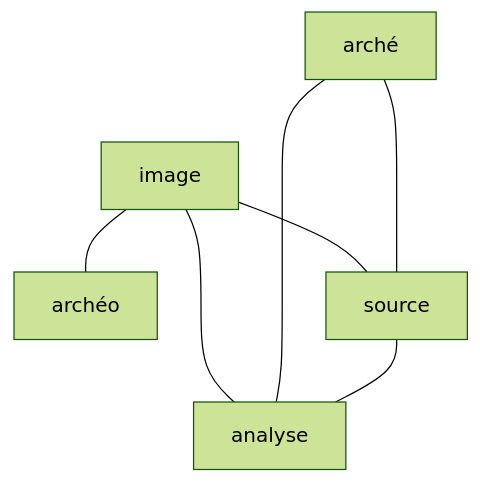
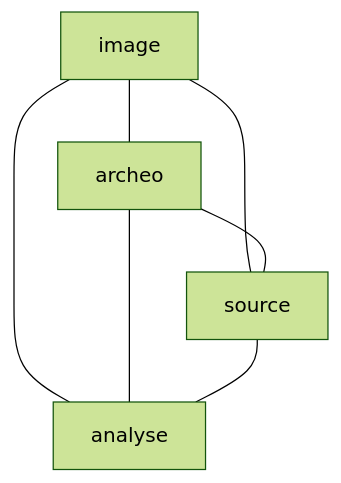
Before and after one commit to iramat/iramat-dev: the diagram in projects/occ/README.md, drawn with Mermaid (forest theme).

````diff
--- a/projects/occ/README.md
+++ b/projects/occ/README.md
@@ -5,11 +5,11 @@
 ```mermaid
 
 graph TD;
-    image---archéo;
+    image---archeo;
     image---source;
     image---analyse;
-    archéo---source;
-    archéo---analyse;
+    archeo---source;
+    archeo---analyse;
     source---analyse;
 
 ```
````
